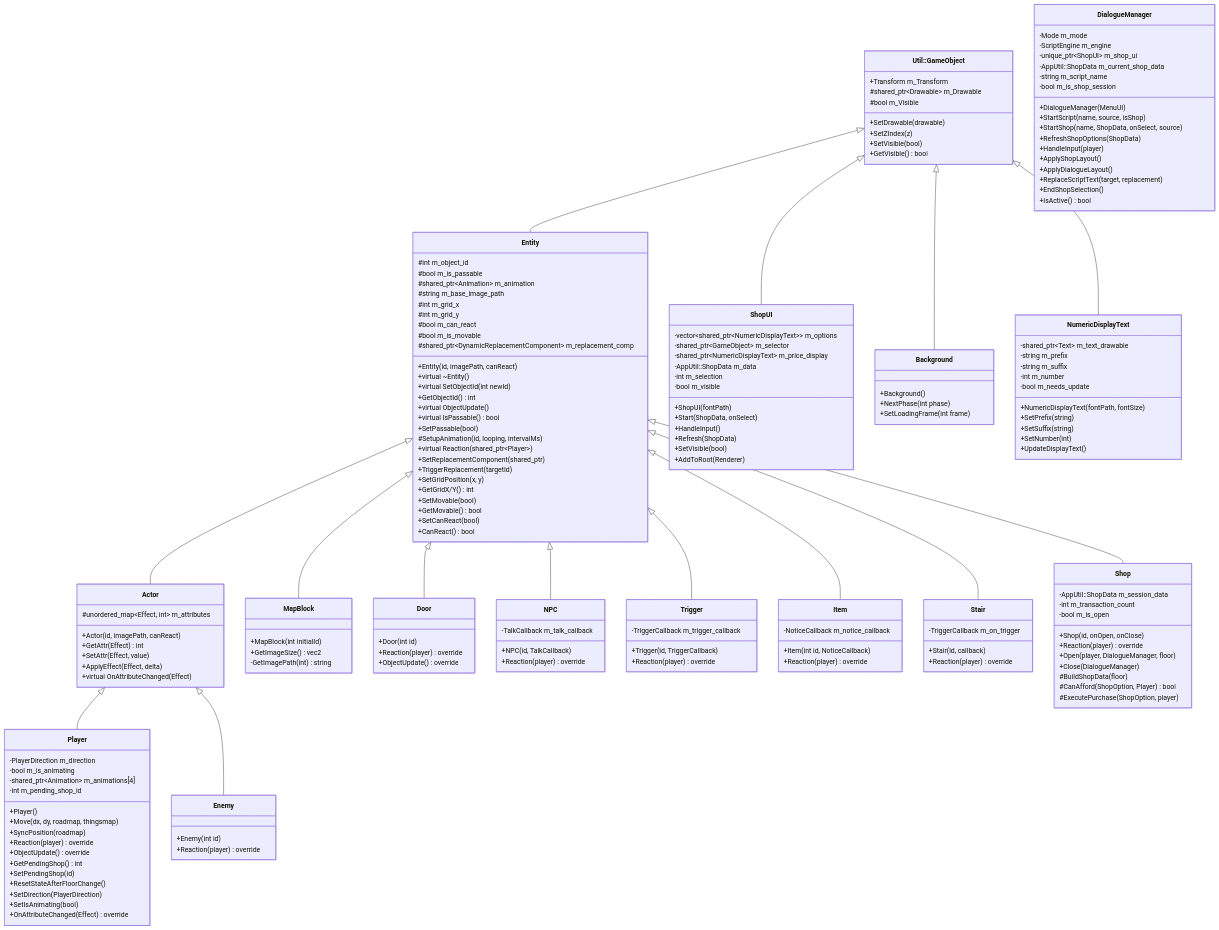
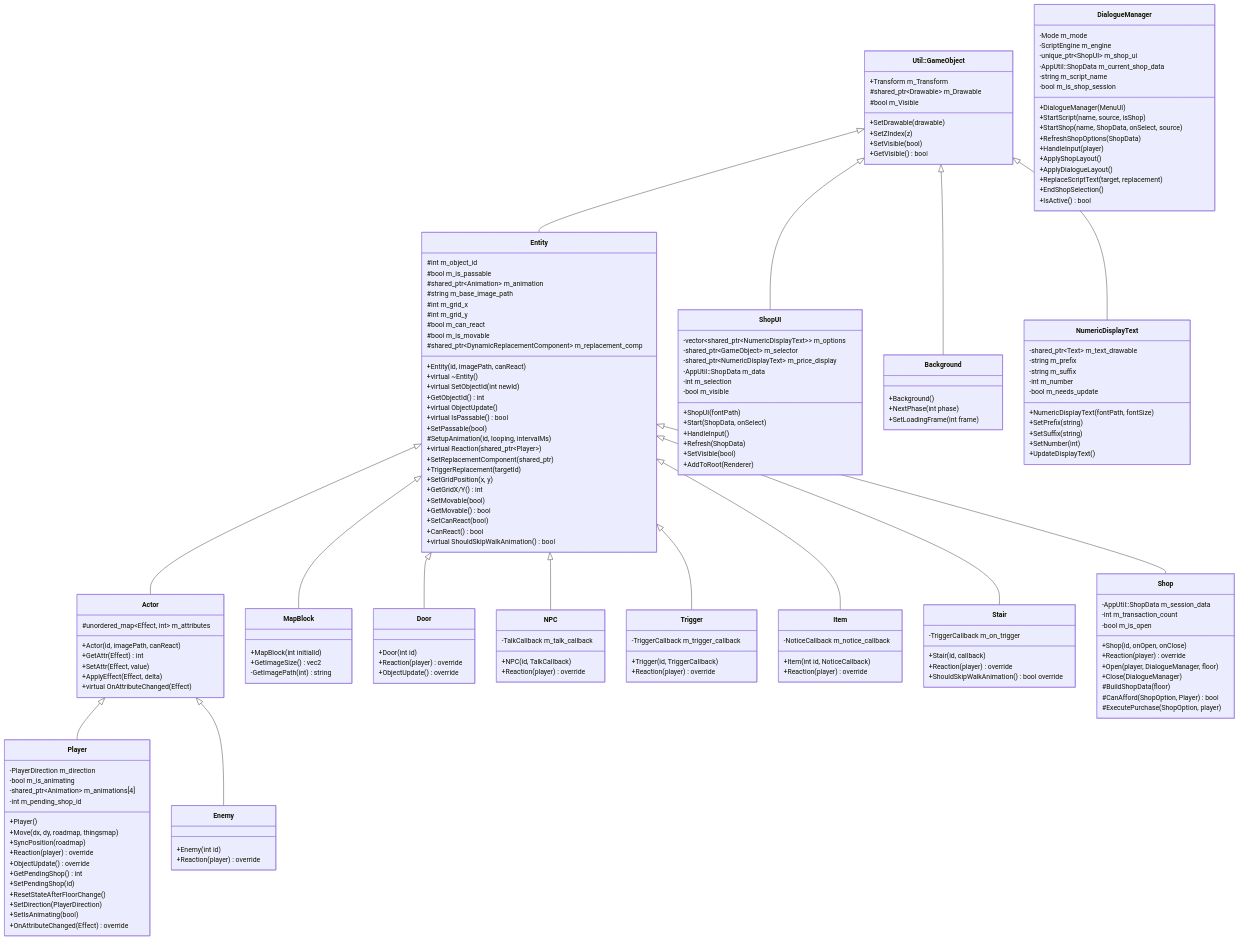
The first of 4 diagrams in Constructure.md (XWJWPIY/schoolwork_recreate_magic_tower), drawn with Mermaid before and after one commit. The commit also changed other lines of this file and 3 other files, not shown here.

```diff
--- a/Constructure.md
+++ b/Constructure.md
@@ -43,6 +43,7 @@
         +GetMovable() bool
         +SetCanReact(bool)
         +CanReact() bool
+        +virtual ShouldSkipWalkAnimation() bool
     }
 
     class DialogueManager {
@@ -146,6 +147,7 @@
         -TriggerCallback m_on_trigger
         +Stair(id, callback)
         +Reaction(player) override
+        +ShouldSkipWalkAnimation() bool override
     }
 
     class Shop {
```
